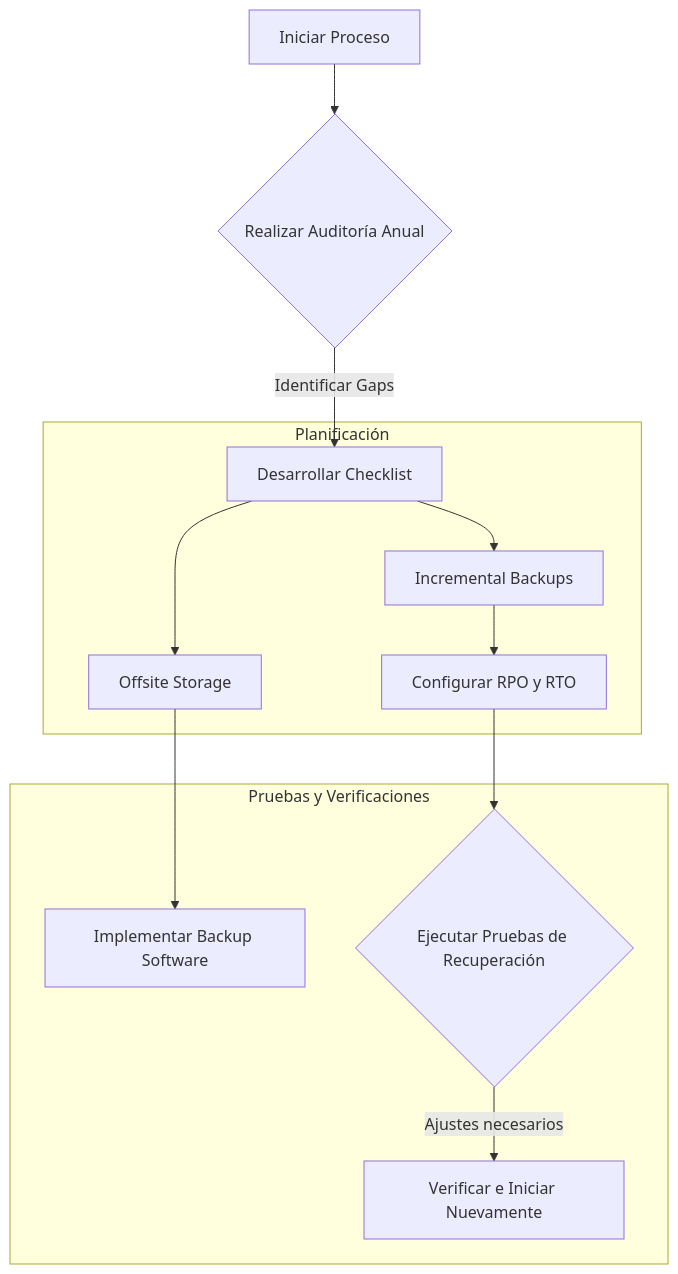
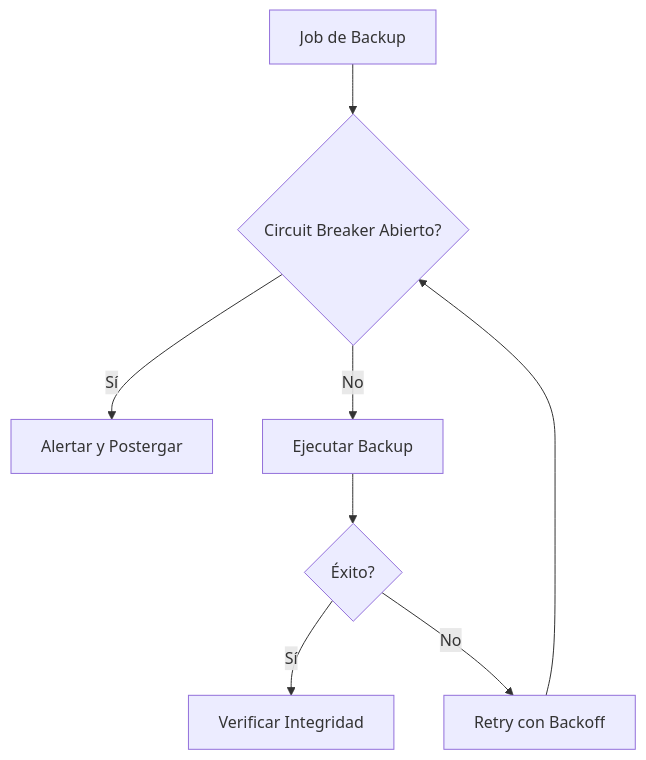
The fourth of 7 diagrams in _Review/disaster_recovery_rpo_rto_y_backup_strategy/disaster_recovery_rpo_rto_y_backup_strategy.md (Joaquinriosheredia/DAM-Java-Mastery), drawn with Mermaid before and after one commit. The commit also changed other lines of this file, not shown here.

First line of the commit message:
Revise disaster recovery RPO, RTO, and backup strategy

````diff
--- a/_Review/disaster_recovery_rpo_rto_y_backup_strategy/disaster_recovery_rpo_rto_y_backup_strategy.md
+++ b/_Review/disaster_recovery_rpo_rto_y_backup_strategy/disaster_recovery_rpo_rto_y_backup_strategy.md
@@ -479,24 +311,10 @@
 ```mermaid
 graph TD
-    A[Iniciar Proceso] --> B{Realizar Auditoría Anual};
-    B -- Identificar Gaps --> C[Desarrollar Checklist];
-    C --> D1[Incremental Backups];
-    C --> D2[Offsite Storage];
-    D1 --> E[Configurar RPO y RTO];
-    D2 --> F[Implementar Backup Software];
-    E --> G{Ejecutar Pruebas de Recuperación};
-    G -- Ajustes necesarios --> H[Verificar e Iniciar Nuevamente];
-
-    subgraph Planificación
-        C
-        D1
-        D2
-        E
-    end
-
-    subgraph Pruebas y Verificaciones
-        F
-        G
-        H
-    end
+    A[Job de Backup] --> B{Circuit Breaker Abierto?}
+    B -- Sí --> C[Alertar y Postergar]
+    B -- No --> D[Ejecutar Backup]
+    D --> E{Éxito?}
+    E -- Sí --> F[Verificar Integridad]
+    E -- No --> G[Retry con Backoff]
+    G --> B
 ```
````
